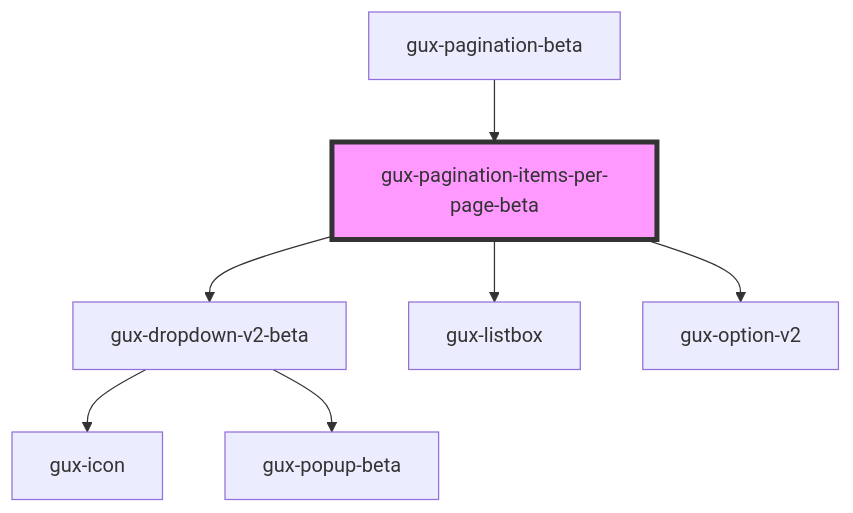
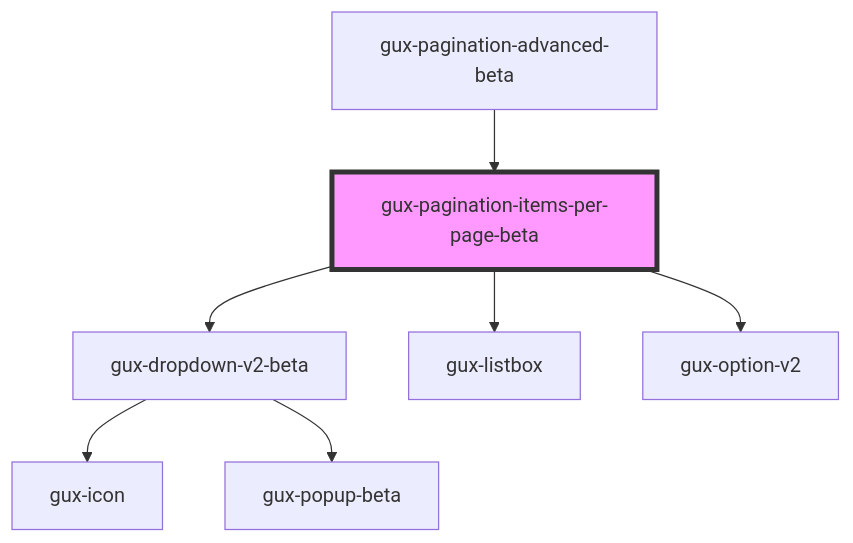
The diagram in src/components/beta/gux-pagination-beta/gux-pagination-items-per-page-beta/readme.md (MyPureCloud/genesys-spark), drawn with Mermaid before and after one commit. The commit also changed other lines of this file and 21 other files, not shown here.

Commit message:
feat(gux-pagination-beta): pagination options separate components, created pagination beta service

````diff
--- a/src/components/beta/gux-pagination-beta/gux-pagination-items-per-page-beta/readme.md
+++ b/src/components/beta/gux-pagination-beta/gux-pagination-items-per-page-beta/readme.md
@@ -36,10 +36,10 @@
 ```mermaid
 graph TD;
   gux-pagination-items-per-page-beta --> gux-dropdown-v2-beta
   gux-pagination-items-per-page-beta --> gux-listbox
   gux-pagination-items-per-page-beta --> gux-option-v2
   gux-dropdown-v2-beta --> gux-icon
   gux-dropdown-v2-beta --> gux-popup-beta
-  gux-pagination-beta --> gux-pagination-items-per-page-beta
+  gux-pagination-advanced-beta --> gux-pagination-items-per-page-beta
   style gux-pagination-items-per-page-beta fill:#f9f,stroke:#333,stroke-width:4px
 ```
````
